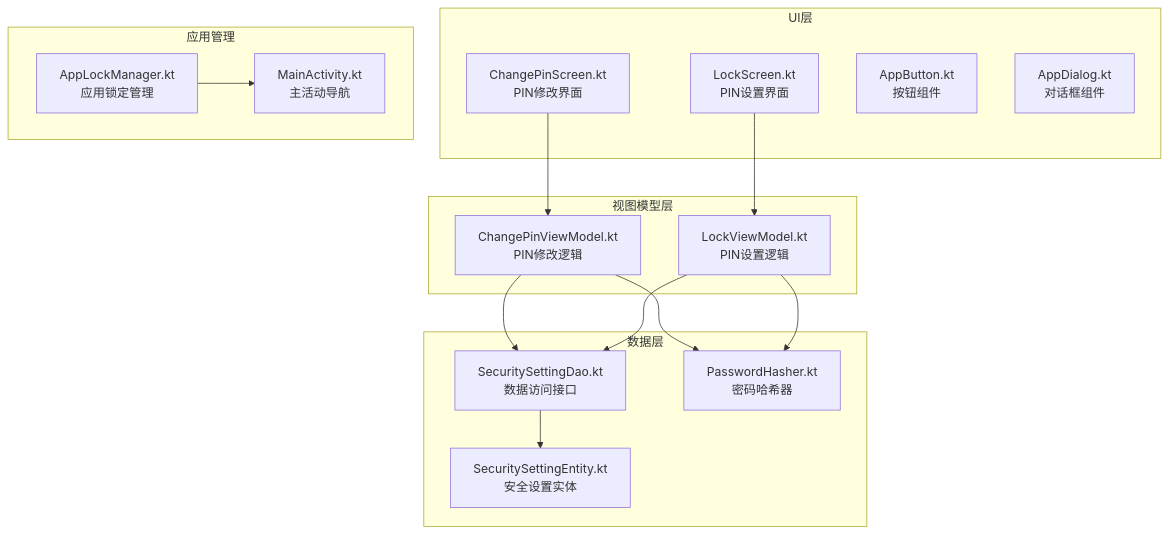
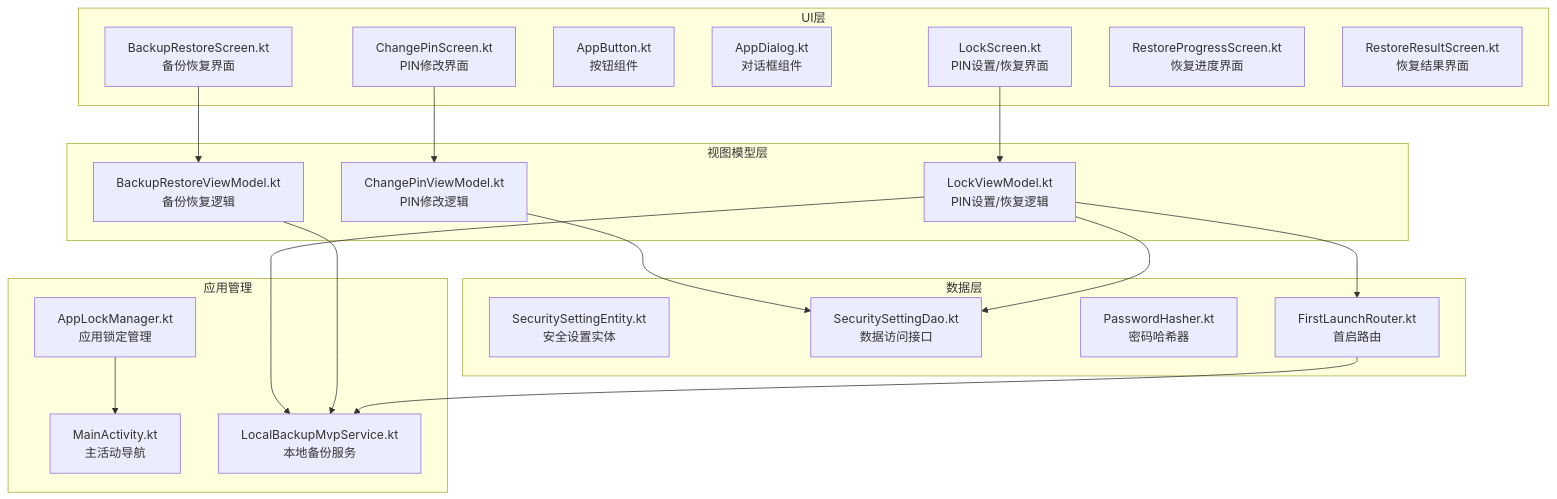
Before and after one commit to wanhongbo/ai-photo-vault: the first of 12 diagrams in .qoder/repowiki/zh/content/核心功能模块/安全解锁系统/PIN管理界面.md, drawn with Mermaid. The commit also changed other lines of this file and 22 other files, not shown here.

````diff
--- a/.qoder/repowiki/zh/content/核心功能模块/安全解锁系统/PIN管理界面.md
+++ b/.qoder/repowiki/zh/content/核心功能模块/安全解锁系统/PIN管理界面.md
@@ -48,30 +64,38 @@
 ```mermaid
 graph TB
 subgraph "UI层"
 A[ChangePinScreen.kt<br/>PIN修改界面]
-B[LockScreen.kt<br/>PIN设置界面]
+B[LockScreen.kt<br/>PIN设置/恢复界面]
 C[AppButton.kt<br/>按钮组件]
 D[AppDialog.kt<br/>对话框组件]
+E[BackupRestoreScreen.kt<br/>备份恢复界面]
+F[RestoreProgressScreen.kt<br/>恢复进度界面]
+G[RestoreResultScreen.kt<br/>恢复结果界面]
 end
 subgraph "视图模型层"
-E[ChangePinViewModel.kt<br/>PIN修改逻辑]
-F[LockViewModel.kt<br/>PIN设置逻辑]
+H[ChangePinViewModel.kt<br/>PIN修改逻辑]
+I[LockViewModel.kt<br/>PIN设置/恢复逻辑]
+J[BackupRestoreViewModel.kt<br/>备份恢复逻辑]
 end
 subgraph "数据层"
-G[SecuritySettingEntity.kt<br/>安全设置实体]
-H[SecuritySettingDao.kt<br/>数据访问接口]
-I[PasswordHasher.kt<br/>密码哈希器]
+K[SecuritySettingEntity.kt<br/>安全设置实体]
+L[SecuritySettingDao.kt<br/>数据访问接口]
+M[PasswordHasher.kt<br/>密码哈希器]
+N[FirstLaunchRouter.kt<br/>首启路由]
 end
 subgraph "应用管理"
-J[AppLockManager.kt<br/>应用锁定管理]
-K[MainActivity.kt<br/>主活动导航]
+O[AppLockManager.kt<br/>应用锁定管理]
+P[MainActivity.kt<br/>主活动导航]
+Q[LocalBackupMvpService.kt<br/>本地备份服务]
 end
-A --> E
-B --> F
-E --> H
-F --> H
-H --> G
-E --> I
-F --> I
-J --> K
+A --> H
+B --> I
+E --> J
+I --> N
+I --> Q
+H --> L
+I --> L
+J --> Q
+N --> Q
+O --> P
 ```
````
